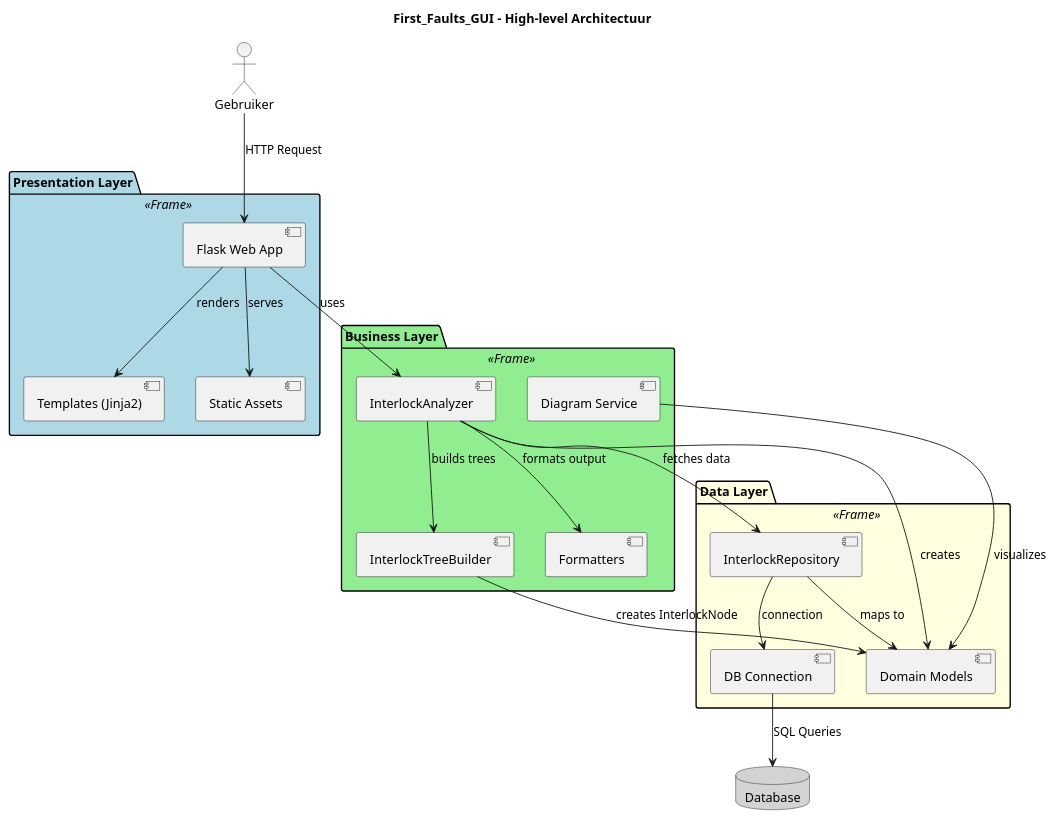
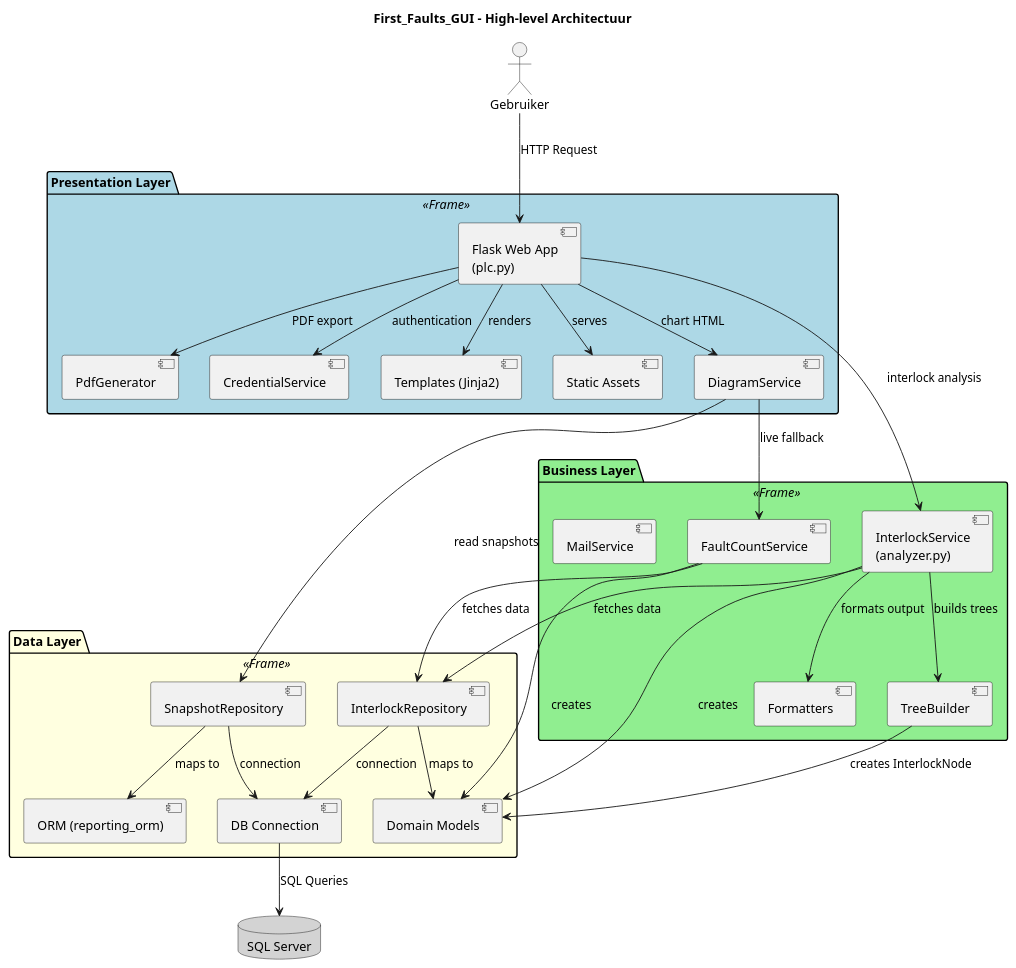
The diagram in docs/HighLevelArchitectureDiagram.puml (bucofski/First_Faults_GUI), drawn with PlantUML before and after one commit. The commit also changed 4 other files, not shown here.

Commit message:
Update architecture diagrams and README to reflect recent service and module changes

```diff
--- a/docs/HighLevelArchitectureDiagram.puml
+++ b/docs/HighLevelArchitectureDiagram.puml
@@ -1,50 +1,66 @@
 @startuml High-level Architecture
 
 skinparam componentStyle uml2
 skinparam backgroundColor white
 skinparam handwritten false
 
 title First_Faults_GUI - High-level Architectuur
 
 actor "Gebruiker" as user
 
 package "Presentation Layer" <<Frame>> #LightBlue {
-    [Flask Web App] as flask
+    [Flask Web App\n(plc.py)] as flask
     [Templates (Jinja2)] as templates
     [Static Assets] as static
+    [DiagramService] as diagram
+    [PdfGenerator] as pdf
+    [CredentialService] as cred
 }
 
 package "Business Layer" <<Frame>> #LightGreen {
-    [InterlockAnalyzer] as analyzer
-    [InterlockTreeBuilder] as tree
+    [InterlockService\n(analyzer.py)] as analyzer
+    [FaultCountService] as faultcount
+    [TreeBuilder] as tree
     [Formatters] as formatters
-    [Diagram Service] as diagram
+    [MailService] as mail
 }
 
 package "Data Layer" <<Frame>> #LightYellow {
     [InterlockRepository] as repo
+    [SnapshotRepository] as snaprepo
     [DB Connection] as dbconn
     [Domain Models] as models
+    [ORM (reporting_orm)] as orm
 }
 
-database "Database" as db #LightGray
+database "SQL Server" as db #LightGray
 
 ' Connections
 user --> flask : HTTP Request
 flask --> templates : renders
 flask --> static : serves
-flask --> analyzer : uses
+flask --> diagram : chart HTML
+flask --> analyzer : interlock analysis
+flask --> pdf : PDF export
+flask --> cred : authentication
+
+diagram --> snaprepo : read snapshots
+diagram --> faultcount : live fallback
 
 analyzer --> tree : builds trees
 analyzer --> formatters : formats output
 analyzer --> repo : fetches data
 analyzer --> models : creates
 
+faultcount --> repo : fetches data
+faultcount --> models : creates
+
 tree --> models : creates InterlockNode
-diagram --> models : visualizes
 
 repo --> dbconn : connection
 repo --> models : maps to
+snaprepo --> dbconn : connection
+snaprepo --> orm : maps to
 dbconn --> db : SQL Queries
 
 @enduml
```
